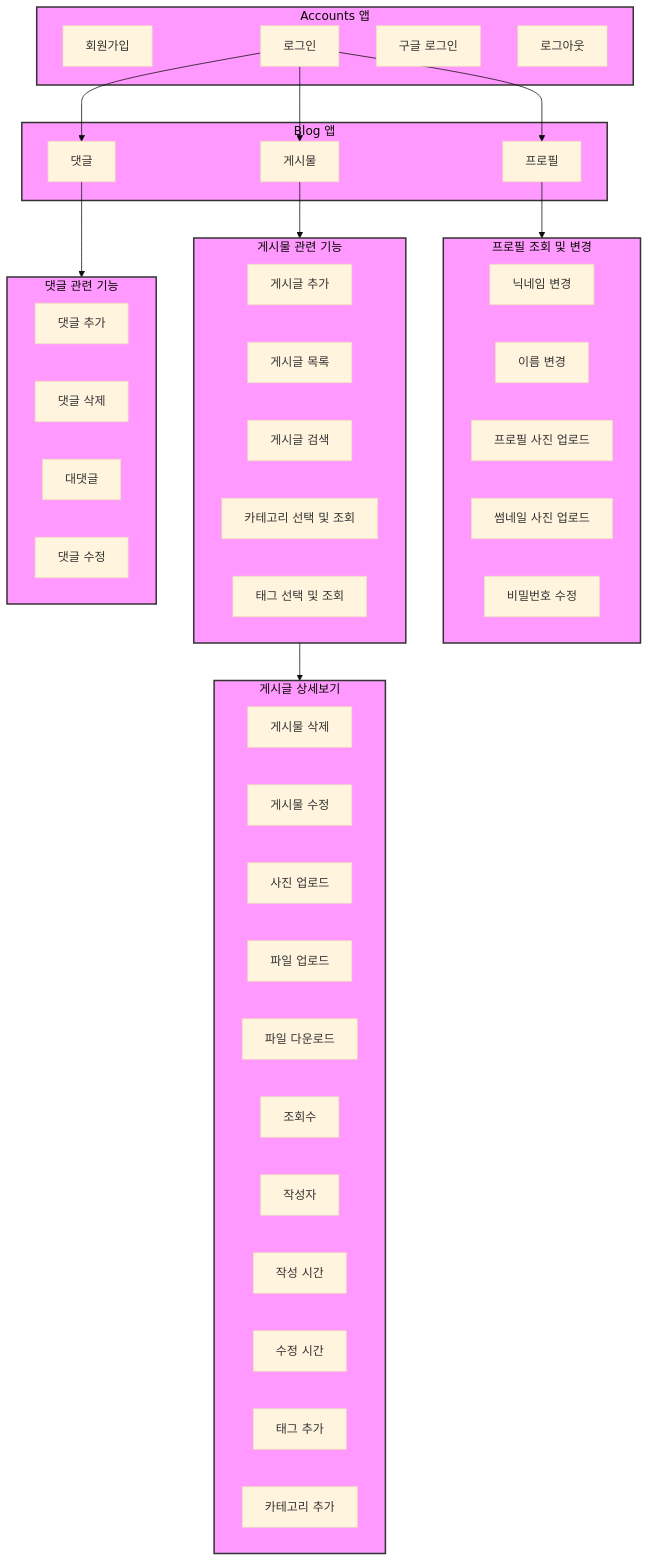
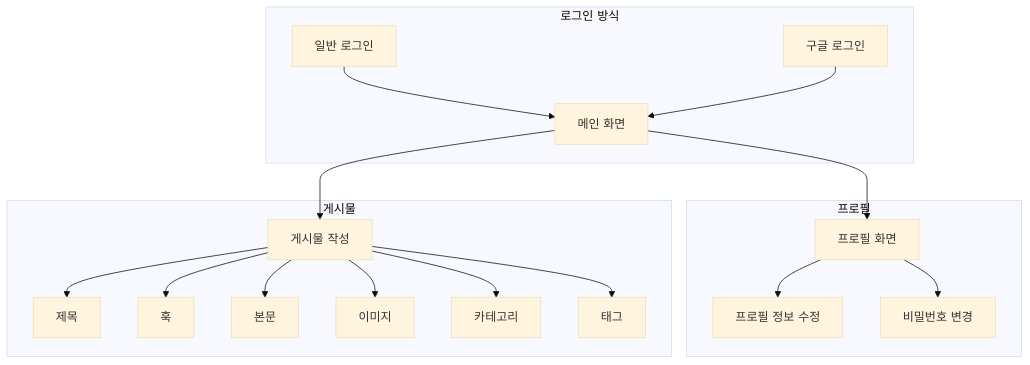
The second of 4 diagrams in README.md (JoohyungDev/movie-review-blog), drawn with Mermaid (base theme) before and after one commit. The commit also changed other lines of this file, not shown here.

````diff
--- a/README.md
+++ b/README.md
@@ -103,67 +119,24 @@
 ```mermaid
-graph TD;
-    subgraph accounts [Accounts 앱]
-        signup[회원가입]
-        login[로그인]
-        google_login[구글 로그인]
-        logout[로그아웃]
-    end
+graph TD
+subgraph login ["로그인 방식"]
+    A1[일반 로그인] --> A[메인 화면]
+    A2[구글 로그인] --> A
+end
 
-    subgraph blog [Blog 앱]
-        profile[프로필]
-        postCRUD[게시물]
-        commentCRUD[댓글]
-    end
+A --> F[프로필 화면]
+A --> G[게시물 작성]
 
-    subgraph profileFeatures [프로필 조회 및 변경]
-        nicknameSetting[닉네임 변경]
-        nameSetting[이름 변경]
-        profilePhotoUpload[프로필 사진 업로드]
-	    thumbnailImageUpload[썸네일 사진 업로드]
-        passwordEdit[비밀번호 수정]
-    end
+subgraph profile ["프로필"]
+    F --> H[프로필 정보 수정]
+    F --> I[비밀번호 변경]
+end
 
-    subgraph postFeatures [게시물 관련 기능]
-        createPost[게시글 추가]
-	    postList[게시글 목록]
-        searchPost[게시글 검색]
-        categorySelectAndView[카테고리 선택 및 조회]
-        tagSelectAndView[태그 선택 및 조회]
-    end
-
-    subgraph postDetail [게시글 상세보기]
-        deletePost[게시물 삭제]
-        editPost[게시물 수정]
-        uploadPhotoInPost[사진 업로드]
-        uploadFileInPost[파일 업로드]
-	downloadFile[파일 다운로드]
-        viewCountInPost[조회수]
-	author[작성자]
-	createdAt[작성 시간]
-	updatedAt[수정 시간]
-        tagAddInPost[태그 추가]
-        categoryAddInPost[카테고리 추가]
-    end
-
-    subgraph commentFeatures [댓글 관련 기능]
-        addComment[댓글 추가]
-        deleteComment[댓글 삭제]
-        addReply[대댓글]
-        editComment[댓글 수정]
-    end
-
-    login --> profile;
-    profile --> profileFeatures;
-    login --> postCRUD;
-    login --> commentCRUD;
-    postCRUD --> postFeatures;
-    postFeatures --> postDetail;
-    commentCRUD --> commentFeatures;
-
-    classDef app fill:#f9f,stroke:#333,stroke-width:2px;
-    class accounts,blog,profileFeatures,postFeatures,commentFeatures,postDetail app;
-
-
-
-
+subgraph post_content ["게시물"]
+    G --> J[제목]
+    G --> K[훅]
+    G --> L[본문]
+    G --> M[이미지]
+    G --> N[카테고리]
+    G --> O[태그]
+end
 ```
````
